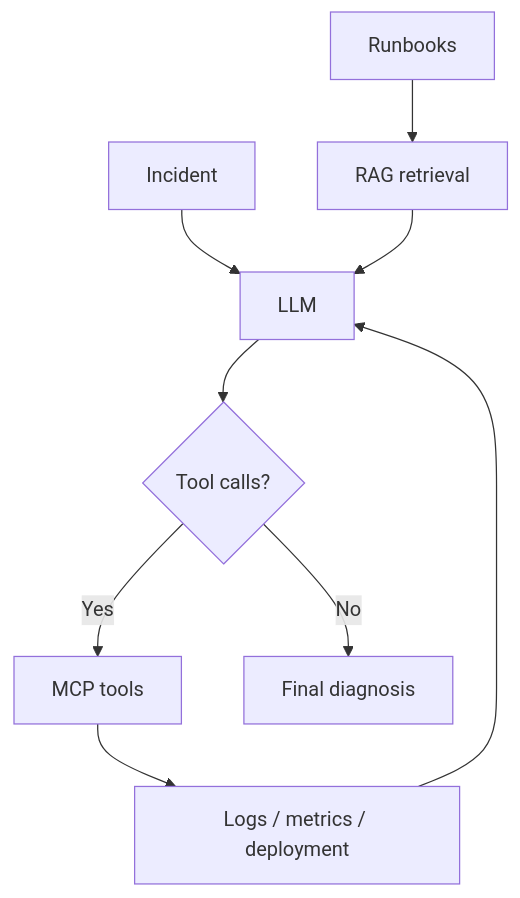
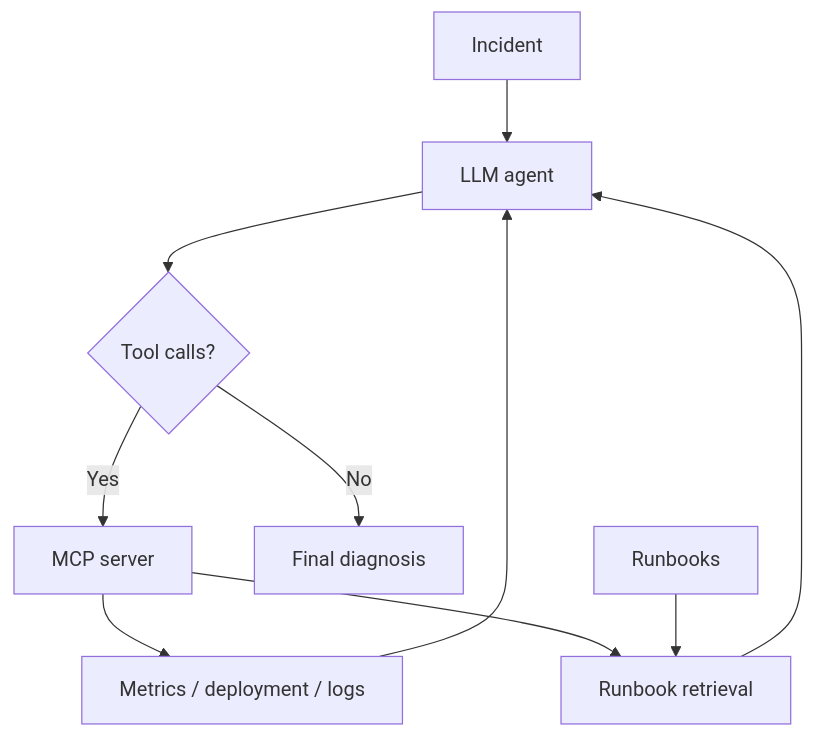
The diagram in README.md (walidjalil/agentic-incident-response), drawn with Mermaid before and after one commit. The commit also changed other lines of this file and 2 other files, not shown here.

Commit message:
Made the MCP call persistent. Updated README

````diff
--- a/README.md
+++ b/README.md
@@ -61,12 +67,12 @@
 ```mermaid
 flowchart TD
-    A[Incident] --> B[LLM]
+    A[Incident] --> B[LLM agent]
     B --> C{Tool calls?}
-    C -->|Yes| D[MCP tools]
-    D --> E[Logs / metrics / deployment]
+    C -->|Yes| D[MCP server]
+    D --> E[Metrics / deployment / logs]
+    D --> H[Runbook retrieval]
     E --> B
+    H --> B
     C -->|No| F[Final diagnosis]
-
-    G[Runbooks] --> H[RAG retrieval]
-    H --> B
+    G[Runbooks] --> H
 ```
````
